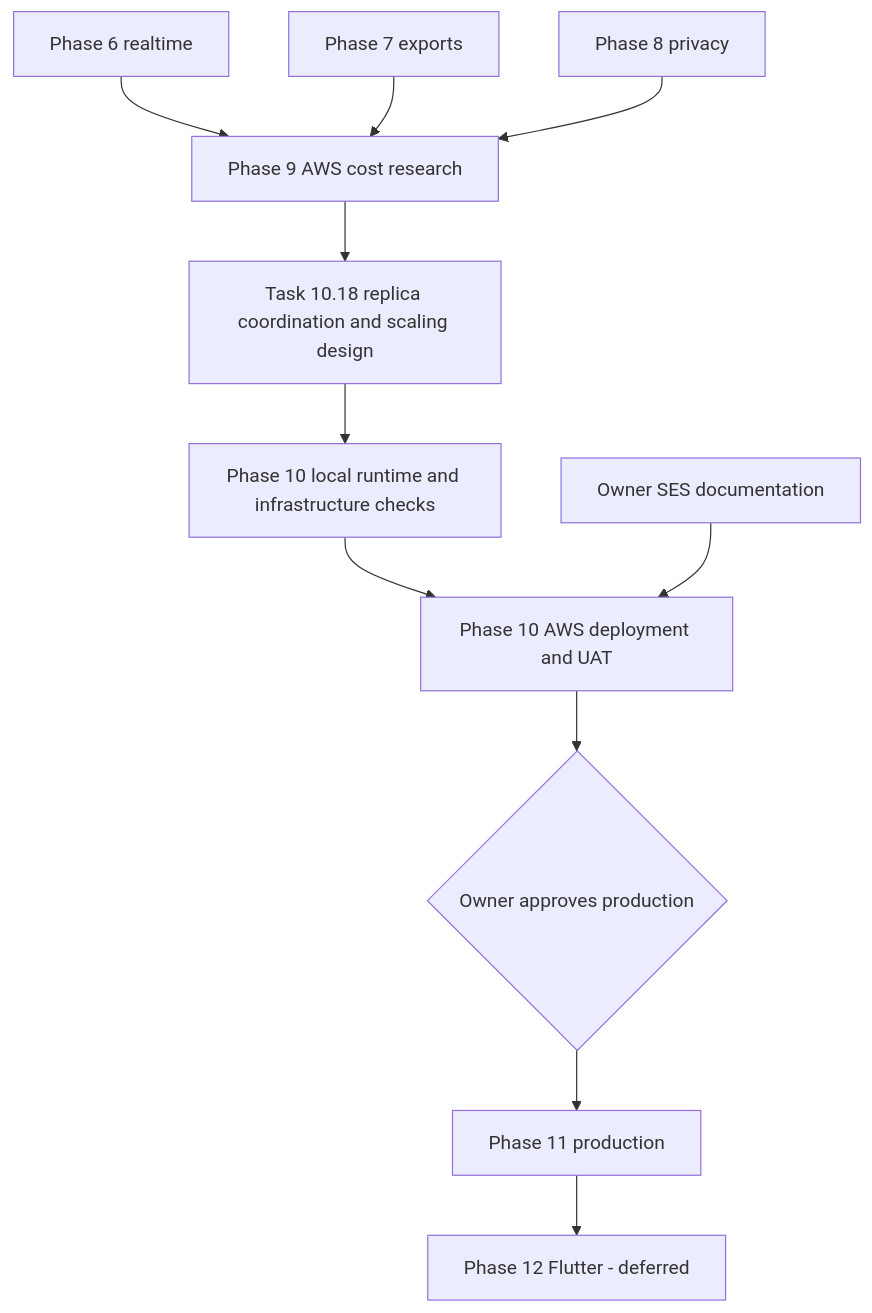
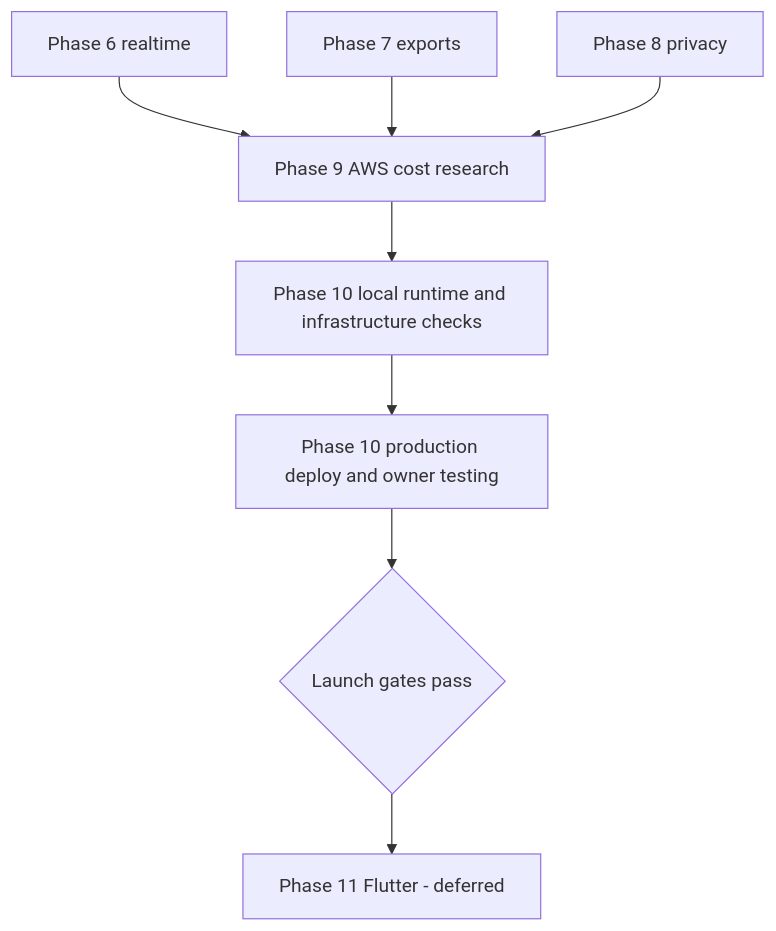
Before and after one commit to dannyota/aboutme: the diagram in docs/plans/implementation-plan.md, drawn with Mermaid. The commit also changed other lines of this file and 36 other files, not shown here.

Commit message:
docs: replace the hosted UAT path with single-host production

````diff
--- a/docs/plans/implementation-plan.md
+++ b/docs/plans/implementation-plan.md
@@ -92,13 +78,10 @@
 ```mermaid
 graph TD
     P6[Phase 6 realtime] --> P9[Phase 9 AWS cost research]
     P7[Phase 7 exports] --> P9
     P8[Phase 8 privacy] --> P9
-    P9 --> SCALE[Task 10.18 replica coordination and scaling design]
-    SCALE --> PREP[Phase 10 local runtime and infrastructure checks]
-    PREP --> UAT[Phase 10 AWS deployment and UAT]
-    SES[Owner SES documentation] --> UAT
-    UAT --> LAUNCH{Owner approves production}
-    LAUNCH --> P11[Phase 11 production]
-    P11 --> P12[Phase 12 Flutter - deferred]
+    P9 --> LOCAL[Phase 10 local runtime and infrastructure checks]
+    LOCAL --> PROD[Phase 10 production deploy and owner testing]
+    PROD --> ANN{Launch gates pass}
+    ANN --> P11[Phase 11 Flutter - deferred]
 ```
````
